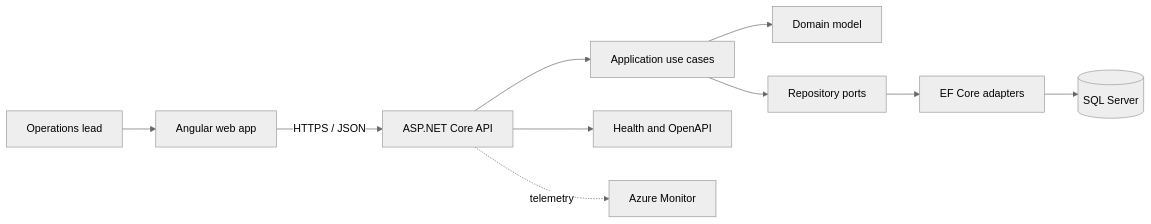
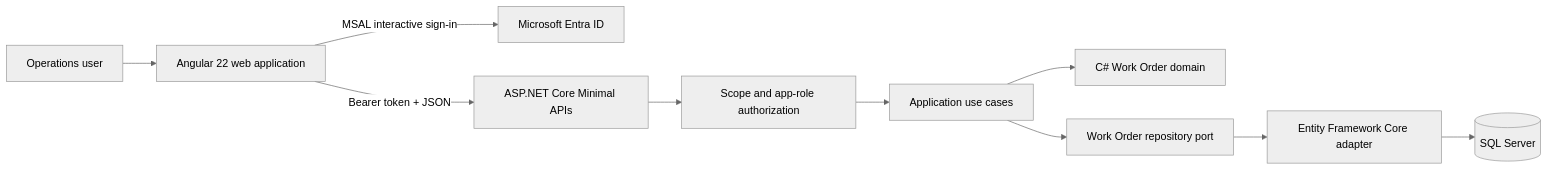
One commit to JinyanShao/helvetic-operations-platform changed the first of 3 diagrams in docs/architecture/architecture.md. Above: the diagram before and after it, drawn with Mermaid (neutral theme). The commit also changed other lines of this file and 3 other files, not shown here.

Commit message:
docs: document work order delivery architecture

````diff
--- a/docs/architecture/architecture.md
+++ b/docs/architecture/architecture.md
@@ -5,12 +7,12 @@
 ```mermaid
 flowchart LR
-    U[Operations lead] --> W[Angular web app]
-    W -->|HTTPS / JSON| A[ASP.NET Core API]
-    A --> P[Application use cases]
-    P --> D[Domain model]
-    P --> I[Repository ports]
-    I --> E[EF Core adapters]
-    E --> S[(SQL Server)]
-    A --> H[Health and OpenAPI]
-    A -. telemetry .-> M[Azure Monitor]
+    User[Operations user] --> Web[Angular 22 web application]
+    Web -->|MSAL interactive sign-in| Entra[Microsoft Entra ID]
+    Web -->|Bearer token + JSON| API[ASP.NET Core Minimal APIs]
+    API --> Policy[Scope and app-role authorization]
+    Policy --> UseCases[Application use cases]
+    UseCases --> Domain[C# Work Order domain]
+    UseCases --> Port[Work Order repository port]
+    Port --> Adapter[Entity Framework Core adapter]
+    Adapter --> SQL[(SQL Server)]
 ```
````
